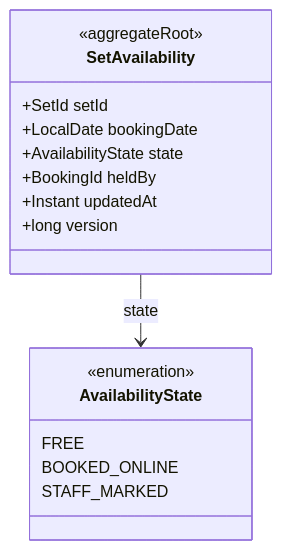
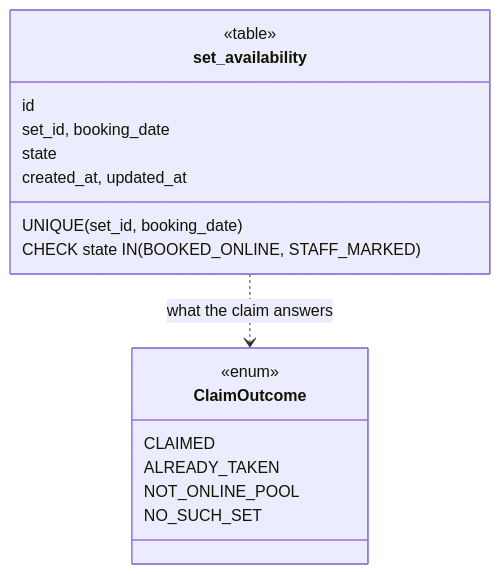
One commit to ivopogace/riviera-sunbed-booking changed the fourth of 15 diagrams in docs/architecture/domain-model.md. Above: the diagram before and after it, drawn with Mermaid. The commit also changed other lines of this file and 53 other files, not shown here.

````diff
--- a/docs/architecture/domain-model.md
+++ b/docs/architecture/domain-model.md
@@ -210,19 +258,20 @@
 ```mermaid
 classDiagram
-    class SetAvailability {
-        <<aggregateRoot>>
-        +SetId setId
-        +LocalDate bookingDate
-        +AvailabilityState state
-        +BookingId heldBy
-        +Instant updatedAt
-        +long version
+    class set_availability {
+        <<table>>
+        id
+        set_id, booking_date
+        state
+        created_at, updated_at
+        UNIQUE (set_id, booking_date)
+        CHECK state IN (BOOKED_ONLINE, STAFF_MARKED)
     }
-    class AvailabilityState {
-        <<enumeration>>
-        FREE
-        BOOKED_ONLINE
-        STAFF_MARKED
+    class ClaimOutcome {
+        <<enum>>
+        CLAIMED
+        ALREADY_TAKEN
+        NOT_ONLINE_POOL
+        NO_SUCH_SET
     }
-    SetAvailability --> AvailabilityState : state
+    set_availability ..> ClaimOutcome : what the claim answers
 ```
````
